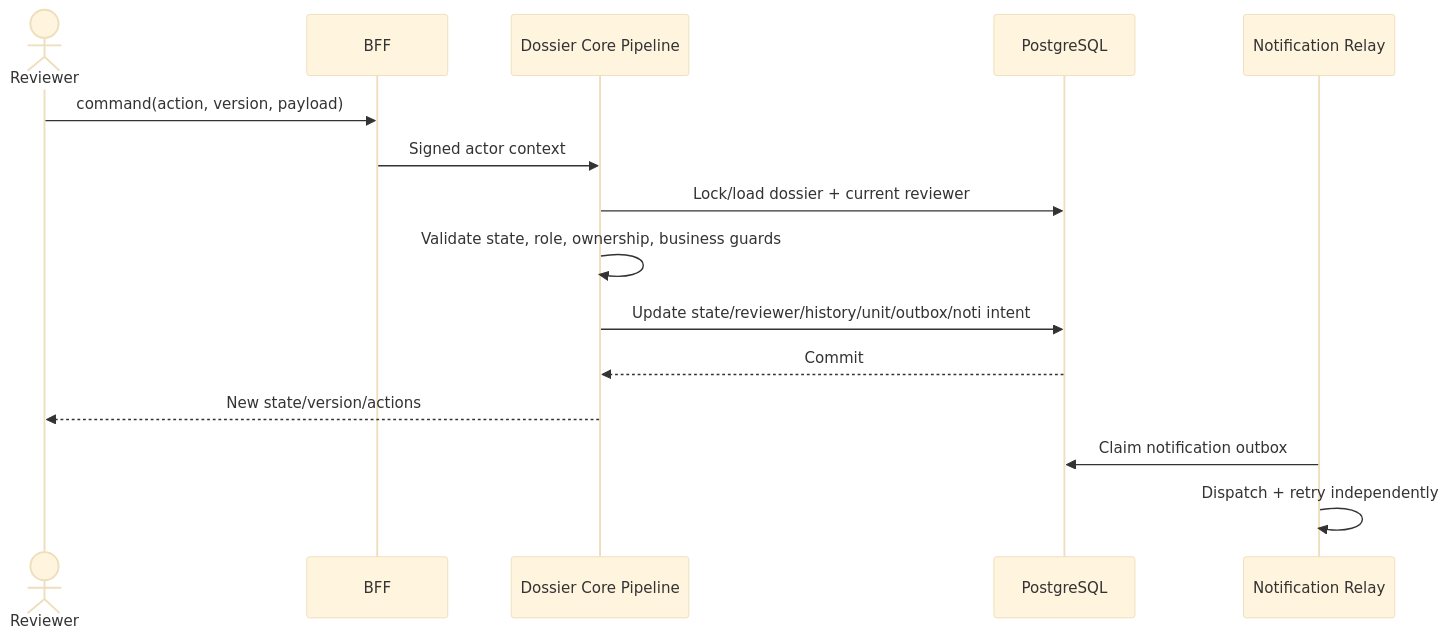
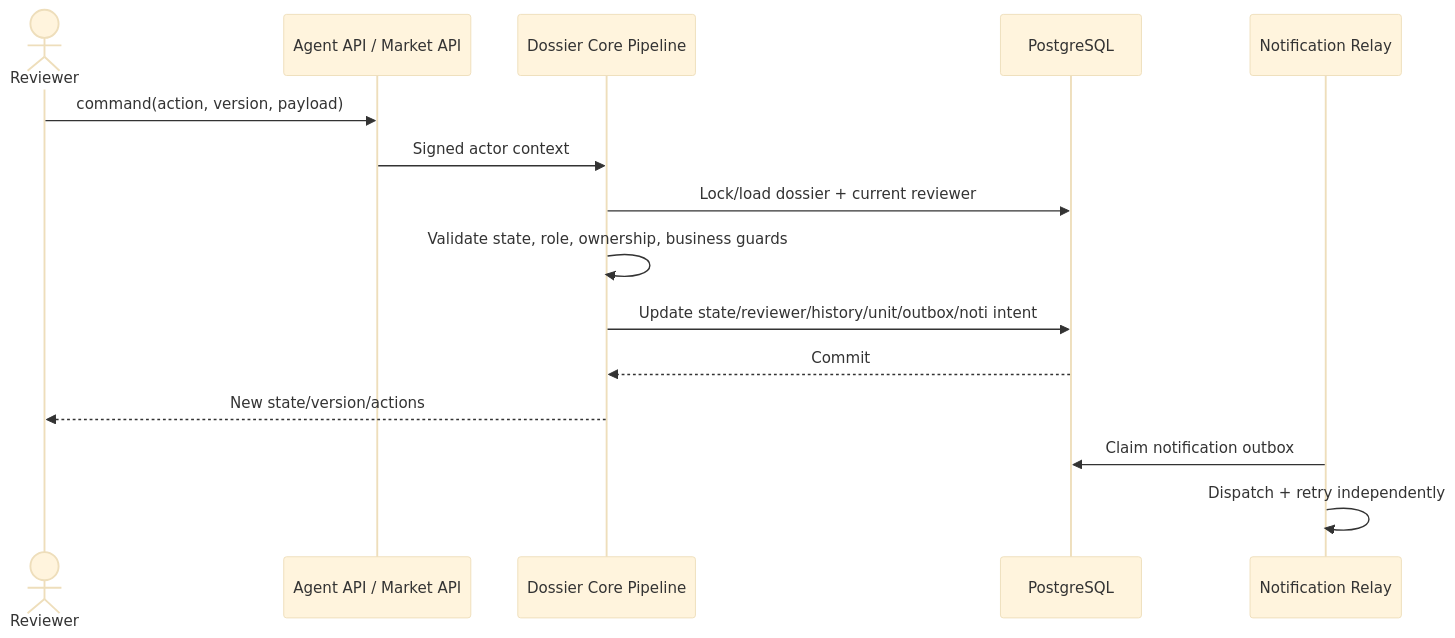
Before and after one commit to huynv-xyz/vhm: the sixth of 8 diagrams in tdd-dossier.md, drawn with Mermaid (base theme). The commit also changed other lines of this file, not shown here.

````diff
--- a/tdd-dossier.md
+++ b/tdd-dossier.md
@@ -680,18 +680,18 @@
 ```mermaid
 sequenceDiagram
     actor R as Reviewer
-    participant A as BFF
+    participant A as Agent API / Market API
     participant C as Dossier Core Pipeline
     participant D as PostgreSQL
     participant N as Notification Relay
 
     R->>A: command(action, version, payload)
     A->>C: Signed actor context
     C->>D: Lock/load dossier + current reviewer
     C->>C: Validate state, role, ownership, business guards
     C->>D: Update state/reviewer/history/unit/outbox/noti intent
     D-->>C: Commit
     C-->>R: New state/version/actions
     N->>D: Claim notification outbox
     N->>N: Dispatch + retry independently
 ```
````
